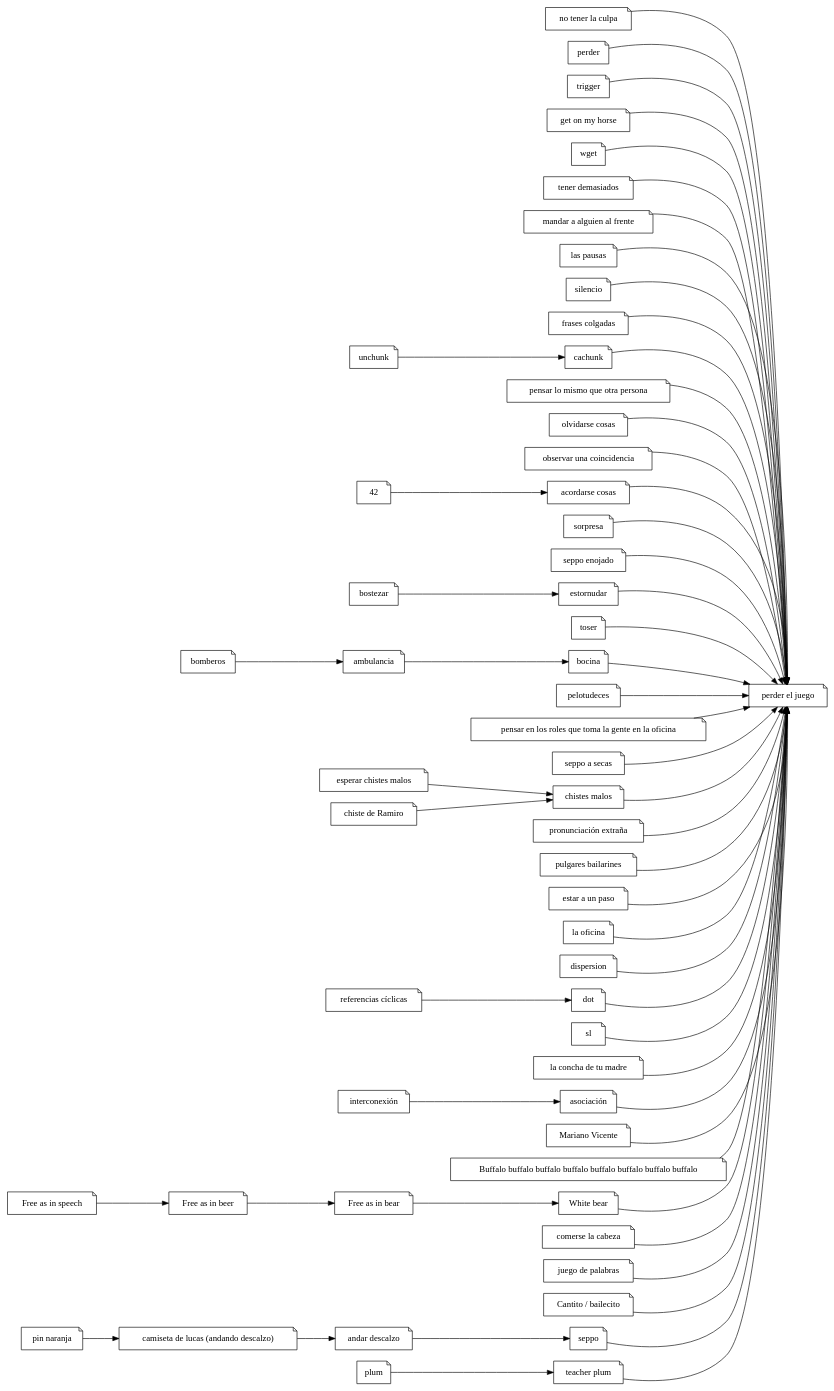
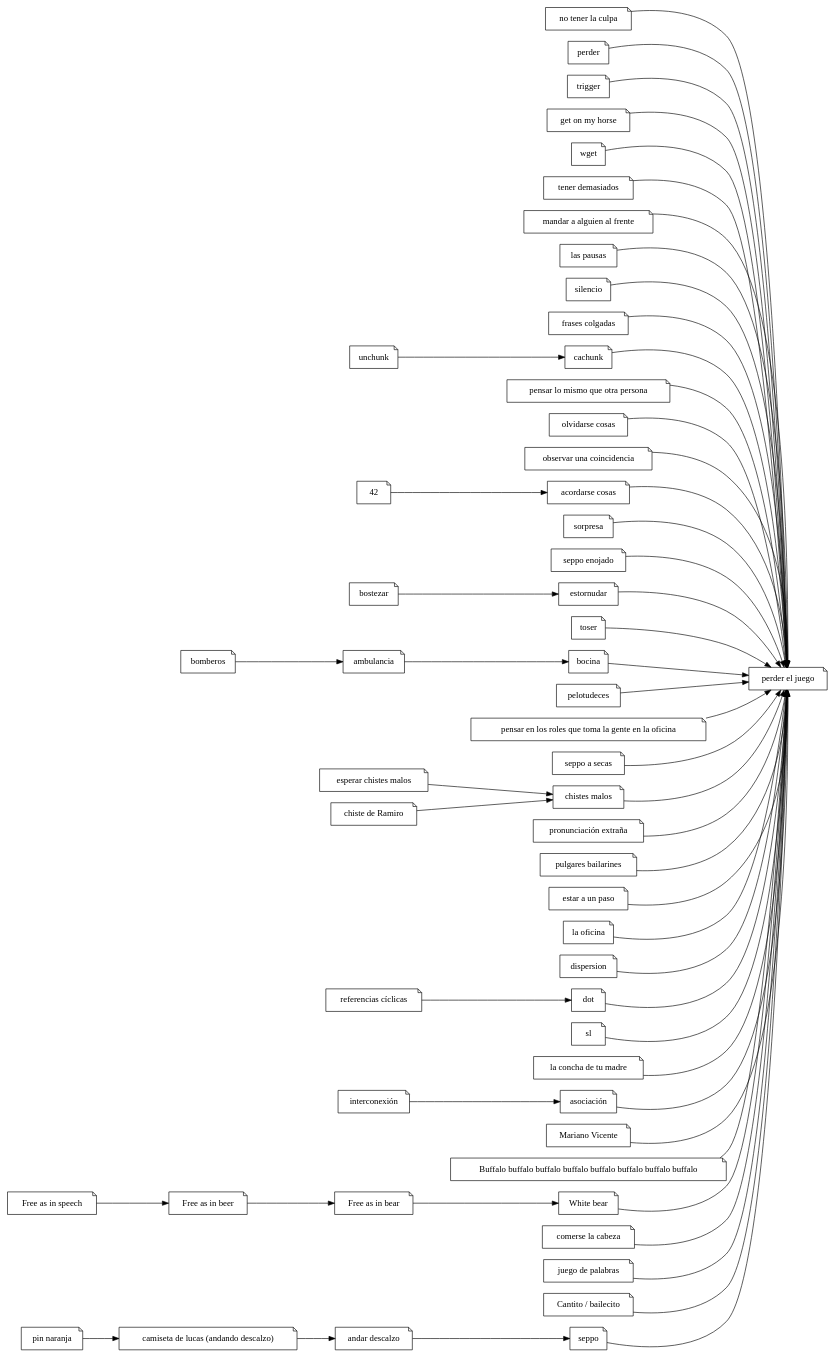
One commit to ramiror/ilostthegame changed the diagram in ilostthegame.dot. Above: the diagram before and after it, drawn with Graphviz. The commit also changed 2 other files, not shown here.

Commit message:
Teacher Plum

```diff
--- a/ilostthegame.dot
+++ b/ilostthegame.dot
@@ -1,113 +1,112 @@
 digraph
 {
     rankdir="LR"
     node [shape="note"]
 
     pej [label="perder el juego"]
     "no tener la culpa"
     "perder"
     "trigger"
     "get on my horse"
     "wget"
     "tener demasiados"
     "mandar a alguien al frente"
     "las pausas"
     "silencio"
     "frases colgadas"
     "cachunk"
     "pensar lo mismo que otra persona"
     "olvidarse cosas"
     "observar una coincidencia"
     "acordarse cosas"
     "sorpresa"
     "seppo enojado"
     "estornudar"
     "toser"
     "bocina"
     "pelotudeces"
     roles [label="pensar en los roles que toma la gente en la oficina"]
     "seppo a secas"
     "bostezar"
     "chistes malos"
     pe [label="pronunciación extraña"]
     "pulgares bailarines"
     "estar a un paso"
     "la oficina"
     "dispersion"
     "ambulancia"
     "esperar chistes malos"
     "chiste de Ramiro"
     "unchunk"
     "andar descalzo"
     "pin naranja"
     dot
     sl
     rc [label="referencias cíclicas"]
     camiseta [label="camiseta de lucas (andando descalzo)"]
     lcdtm [label="la concha de tu madre"]
     bomberos
     int [label="interconexión"]
     asoc [label="asociación"]
     mv [label="Mariano Vicente"]
     buffalo [label="Buffalo buffalo buffalo buffalo buffalo buffalo buffalo buffalo"]
     fais [label="Free as in speech"]
     faib [label="Free as in beer"]
     faibe [label="Free as in bear"]
     wb [label="White bear"]
     comecoco [label="comerse la cabeza"]
     palabras [label="juego de palabras"]
     cantito [label="Cantito / bailecito"]
 
     "perder"                           -> pej
     "no tener la culpa"                -> pej
     "trigger"                          -> pej
     "get on my horse"                  -> pej
     "wget"                             -> pej
     "tener demasiados"                 -> pej
     "mandar a alguien al frente"       -> pej
     "las pausas"                       -> pej
     "silencio"                         -> pej
     "frases colgadas"                  -> pej
     "cachunk"                          -> pej
     "pensar lo mismo que otra persona" -> pej
     "olvidarse cosas"                  -> pej
     "observar una coincidencia"        -> pej
     "acordarse cosas"                  -> pej
     "sorpresa"                         -> pej
     "seppo enojado"                    -> pej
     "estornudar"                       -> pej
     "toser"                            -> pej
     "bocina"                           -> pej
     "pelotudeces"                      -> pej
     roles -> pej
     "seppo a secas"                    -> pej
     "chistes malos"                    -> pej
     pe                                 -> pej
     "pulgares bailarines"              -> pej
     "estar a un paso"                  -> pej
     "la oficina"                       -> pej
     "dispersion"                       -> pej
     "seppo"                            -> pej
     lcdtm                              -> pej
     asoc                               -> pej
     mv                                 -> pej
     dot                                -> pej
     sl                                 -> pej
     buffalo                            -> pej
     comecoco                           -> pej
     palabras                           -> pej
 
     bomberos -> "ambulancia" -> "bocina"
     "esperar chistes malos" -> "chistes malos"
     "chiste de Ramiro" -> "chistes malos"
     "unchunk" -> "cachunk"
     "andar descalzo" -> "seppo"
     "pin naranja" -> camiseta -> "andar descalzo"
     int -> asoc
     "bostezar" -> estornudar
     42 -> "acordarse cosas"
     rc -> dot
     fais -> faib -> faibe -> wb        -> pej
     cantito                            -> pej
-    plum -> "teacher plum"             -> pej
 }
```
